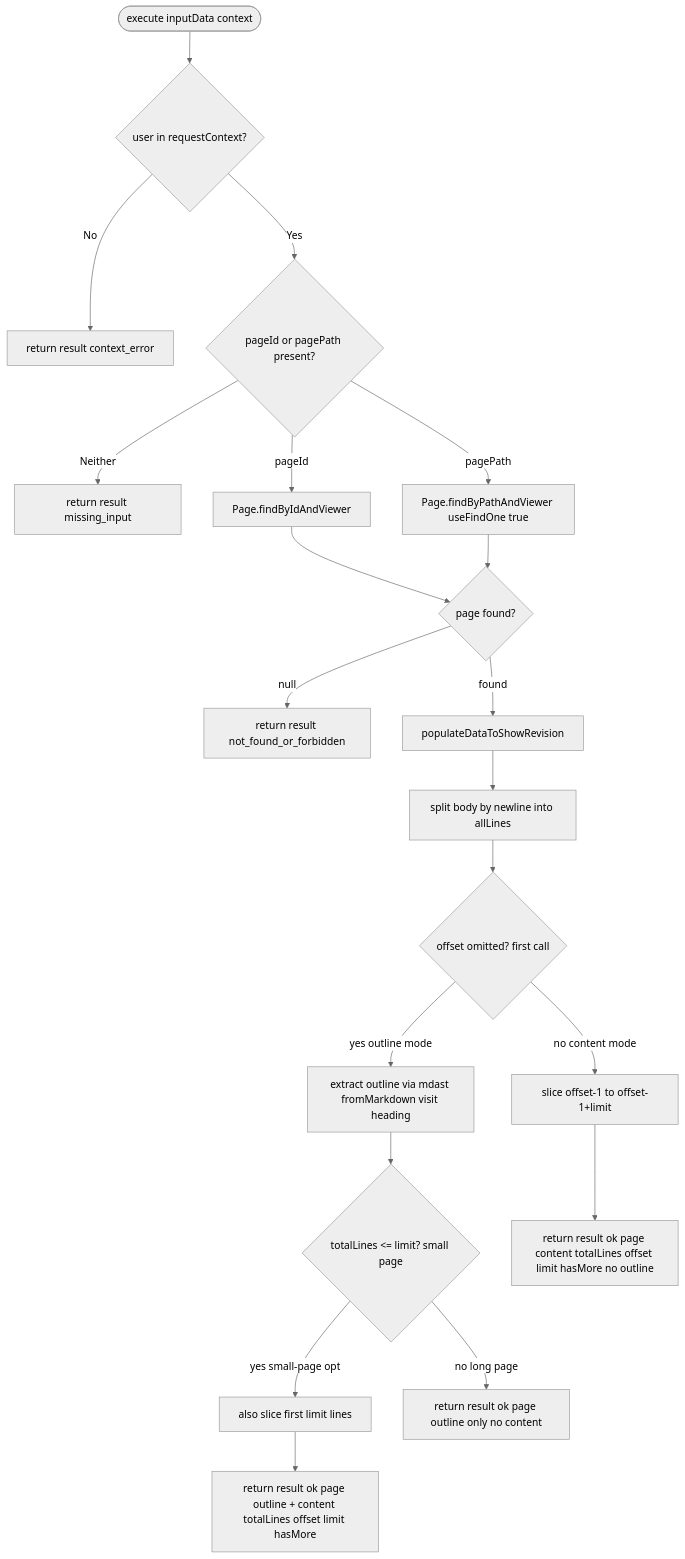
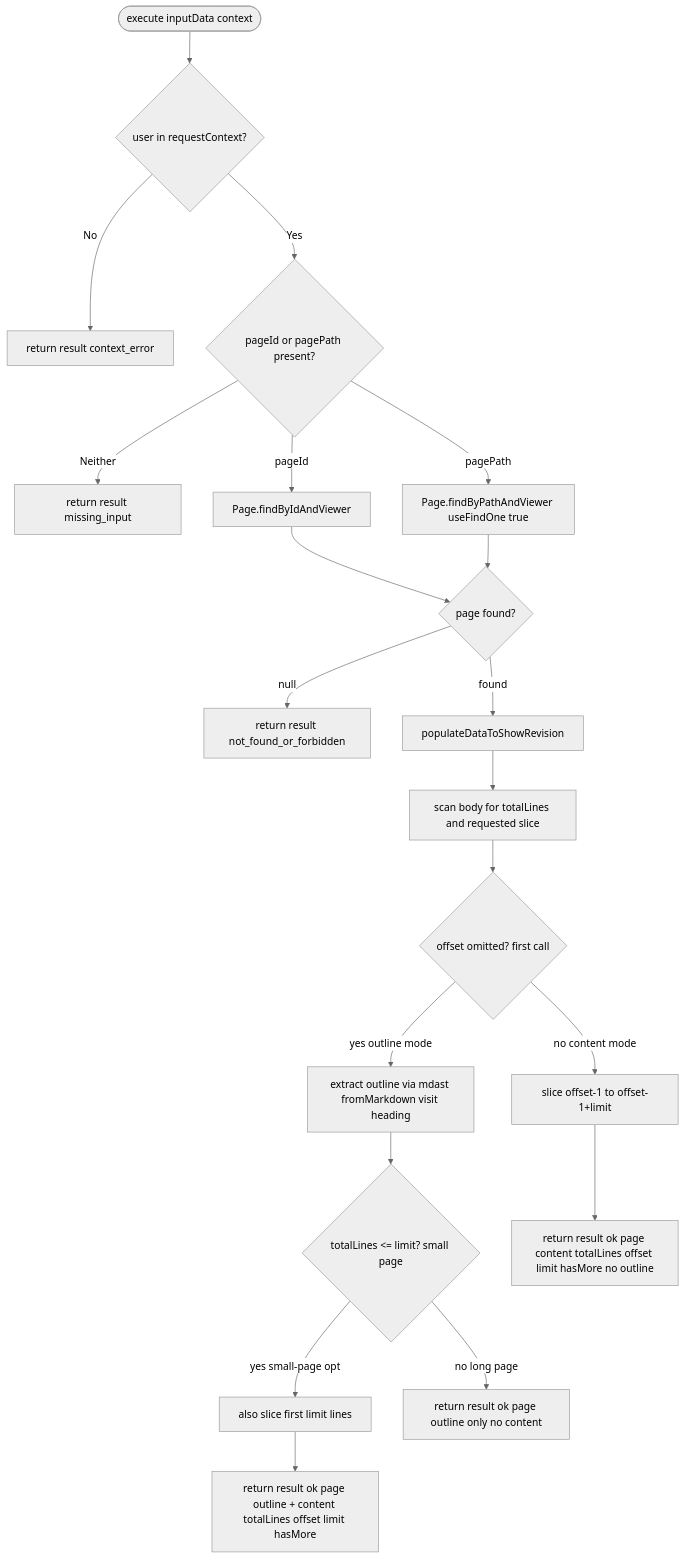
The third of 4 diagrams in .kiro/specs/ai-agentic-search/design.md (growilabs/growi), drawn with Mermaid (neutral theme) before and after one commit. The commit also changed other lines of this file and 36 other files, not shown here.

````diff
--- a/.kiro/specs/ai-agentic-search/design.md
+++ b/.kiro/specs/ai-agentic-search/design.md
@@ -249,22 +203,22 @@
 ```mermaid
 flowchart TD
     Start([execute inputData context]) --> CheckCtx{user in requestContext?}
     CheckCtx -- No --> ContextError[return result context_error]
     CheckCtx -- Yes --> CheckInput{pageId or pagePath present?}
     CheckInput -- Neither --> MissingInput[return result missing_input]
     CheckInput -- pageId --> ById[Page.findByIdAndViewer]
     CheckInput -- pagePath --> ByPath[Page.findByPathAndViewer useFindOne true]
     ById --> Result{page found?}
     ByPath --> Result
     Result -- null --> NotFound[return result not_found_or_forbidden]
     Result -- found --> Populate[populateDataToShowRevision]
-    Populate --> Split[split body by newline into allLines]
+    Populate --> Split[scan body for totalLines and requested slice]
     Split --> Mode{offset omitted? first call}
     Mode -- yes outline mode --> ExtractOutline[extract outline via mdast fromMarkdown visit heading]
     Mode -- no content mode --> Slice[slice offset-1 to offset-1+limit]
     ExtractOutline --> Fits{totalLines <= limit? small page}
     Fits -- yes small-page opt --> SliceWithOutline[also slice first limit lines]
     Fits -- no long page --> ReturnOutline[return result ok page outline only no content]
     SliceWithOutline --> ReturnBoth[return result ok page outline + content totalLines offset limit hasMore]
     Slice --> ReturnContent[return result ok page content totalLines offset limit hasMore no outline]
 ```
````
